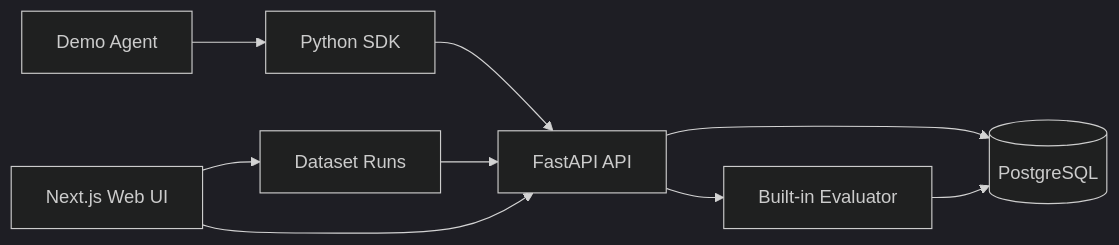
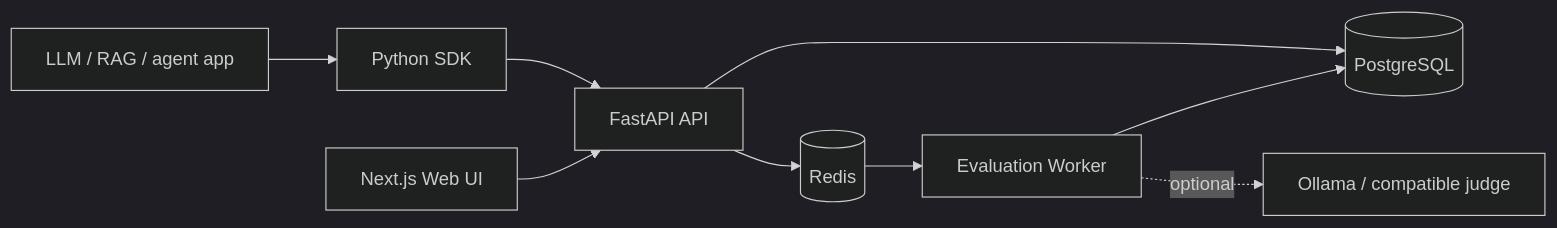
One commit to imrithwik1908/AgentGuard changed the first of 2 diagrams in docs/architecture.md. Above: the diagram before and after it, drawn with Mermaid (dark theme). The commit also changed other lines of this file and 68 other files, not shown here.

Commit message:
Complete AgentGuard v1 evaluation and release workflow

````diff
--- a/docs/architecture.md
+++ b/docs/architecture.md
@@ -7,11 +6,11 @@
 ```mermaid
 flowchart LR
-  Demo[Demo Agent] --> SDK[Python SDK]
+  App[LLM / RAG / agent app] --> SDK[Python SDK]
   SDK --> API[FastAPI API]
   API --> DB[(PostgreSQL)]
-  API --> Eval[Built-in Evaluator]
-  Eval --> DB
-  Web --> Dataset[Dataset Runs]
-  Dataset --> API
+  API --> Queue[(Redis)]
+  Queue --> Worker[Evaluation Worker]
+  Worker --> DB
+  Worker -. optional .-> Judge[Ollama / compatible judge]
   Web[Next.js Web UI] --> API
 ```
````
